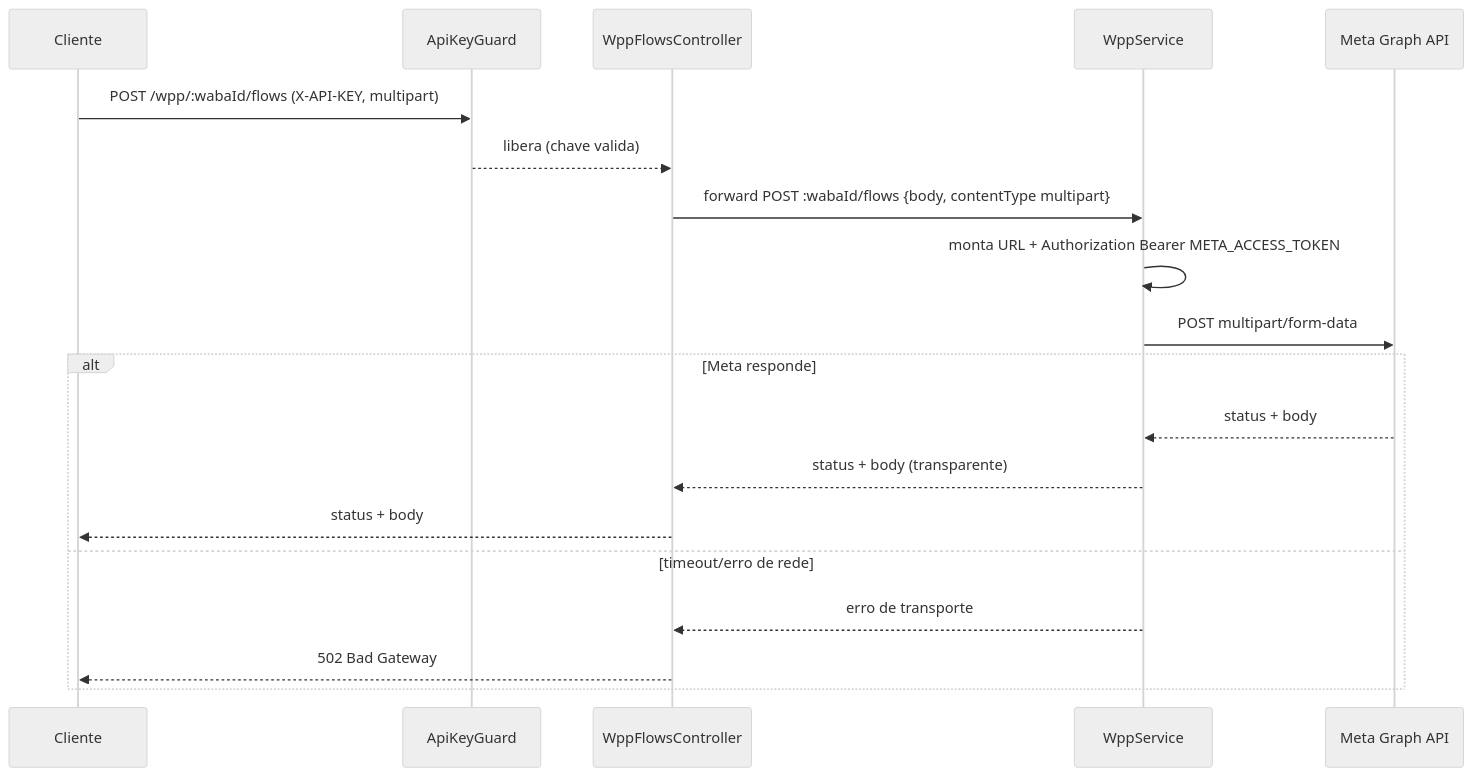
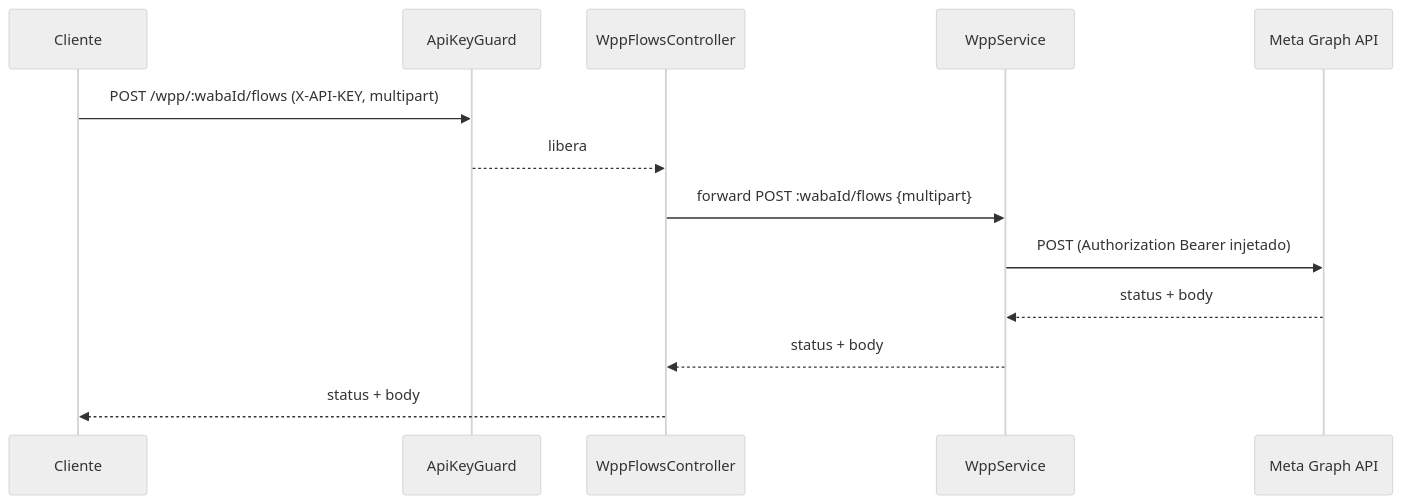
One commit to adaptwebtech/whiz-gateway changed the second of 8 diagrams in docs/specs/2026-06-03-wpp-flows.md. Above: the diagram before and after it, drawn with Mermaid (neutral theme). The commit also changed other lines of this file and 21 other files, not shown here.

````diff
--- a/docs/specs/2026-06-03-wpp-flows.md
+++ b/docs/specs/2026-06-03-wpp-flows.md
@@ -210,21 +297,15 @@
 ```mermaid
 sequenceDiagram
     participant C as Cliente
     participant G as ApiKeyGuard
     participant Ctrl as WppFlowsController
     participant S as WppService
     participant M as Meta Graph API
     C->>G: POST /wpp/:wabaId/flows (X-API-KEY, multipart)
-    G-->>Ctrl: libera (chave valida)
-    Ctrl->>S: forward POST :wabaId/flows {body, contentType multipart}
-    S->>S: monta URL + Authorization Bearer META_ACCESS_TOKEN
-    S->>M: POST multipart/form-data
-    alt Meta responde
-        M-->>S: status + body
-        S-->>Ctrl: status + body (transparente)
-        Ctrl-->>C: status + body
-    else timeout/erro de rede
-        S-->>Ctrl: erro de transporte
-        Ctrl-->>C: 502 Bad Gateway
-    end
+    G-->>Ctrl: libera
+    Ctrl->>S: forward POST :wabaId/flows {multipart}
+    S->>M: POST (Authorization Bearer injetado)
+    M-->>S: status + body
+    S-->>Ctrl: status + body
+    Ctrl-->>C: status + body
 ```
````
